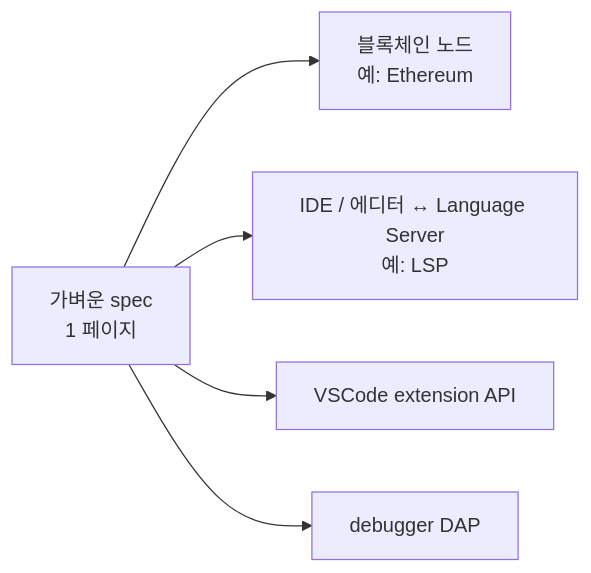
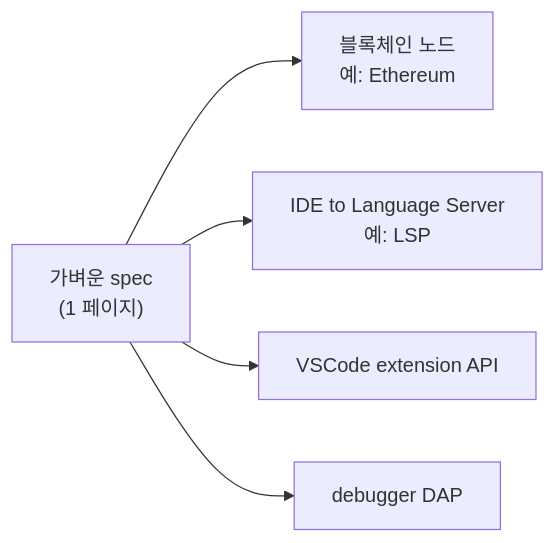
One commit to shinkeonkim/shinkeonkim.github.io changed the third of 5 diagrams in src/content/wiki/api-design/jsonrpc-vs-grpc.mdx. Above: the diagram before and after it, drawn with Mermaid. The commit also changed other lines of this file and 526 other files, not shown here.

First line of the commit message:
content(wiki): 전수조사 및 대규모 보강 (짧은 파일 0, mermaid +645)

````diff
--- a/src/content/wiki/api-design/jsonrpc-vs-grpc.mdx
+++ b/src/content/wiki/api-design/jsonrpc-vs-grpc.mdx
@@ -86,7 +193,7 @@
 ```mermaid
 flowchart LR
-    A[가벼운 spec<br/>1 페이지] --> Use1[블록체인 노드<br/>예: Ethereum]
-    A --> Use2[IDE / 에디터 ↔ Language Server<br/>예: LSP]
+    A["가벼운 spec<br/>(1 페이지)"] --> Use1["블록체인 노드<br/>예: Ethereum"]
+    A --> Use2["IDE to Language Server<br/>예: LSP"]
     A --> Use3[VSCode extension API]
     A --> Use4[debugger DAP]
 ```
````
